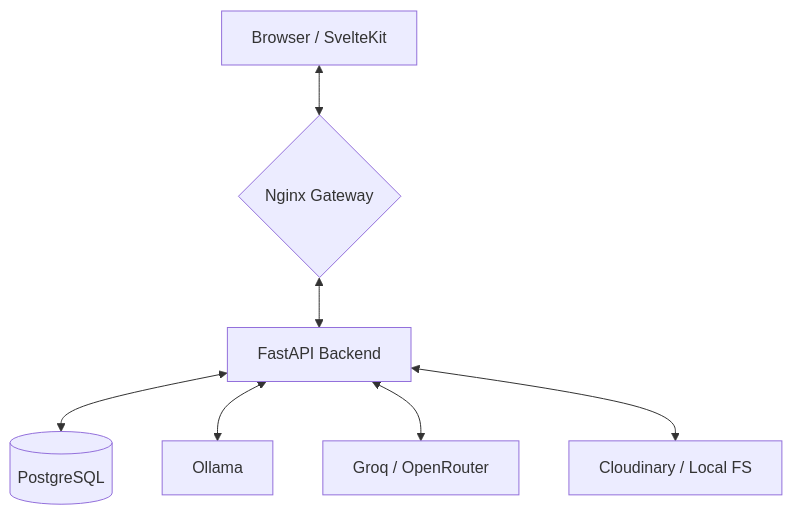
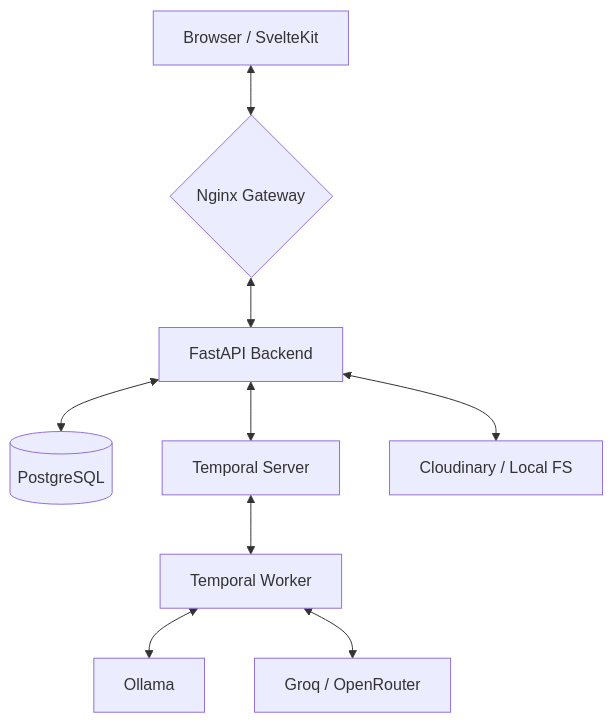
The diagram in README.md (remitoudic/job_wizard), drawn with Mermaid before and after one commit. The commit also changed other lines of this file, not shown here.

Commit message:
docs: update architecture and tech stack in README to include Temporal

````diff
--- a/README.md
+++ b/README.md
@@ -23,9 +23,11 @@
 ```mermaid
 graph TD
     Client[Browser / SvelteKit] <--> Nginx{Nginx Gateway}
     Nginx <--> Backend[FastAPI Backend]
     Backend <--> DB[(PostgreSQL)]
-    Backend <--> AI_Local[Ollama]
-    Backend <--> AI_Remote[Groq / OpenRouter]
+    Backend <--> Temporal[Temporal Server]
+    Temporal <--> Worker[Temporal Worker]
+    Worker <--> AI_Local[Ollama]
+    Worker <--> AI_Remote[Groq / OpenRouter]
     Backend <--> Storage[Cloudinary / Local FS]
 ```
````
